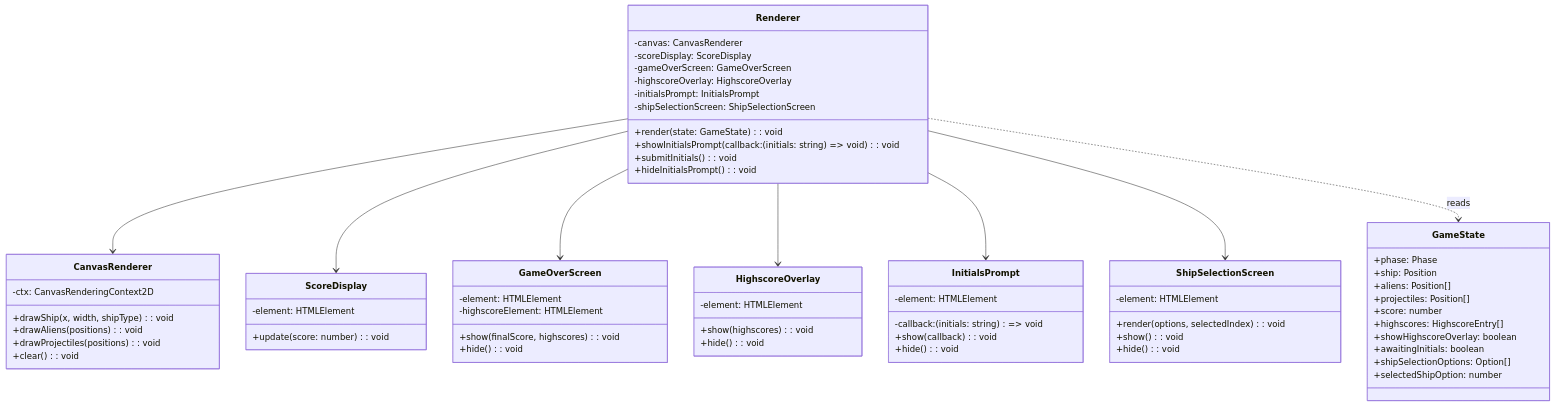
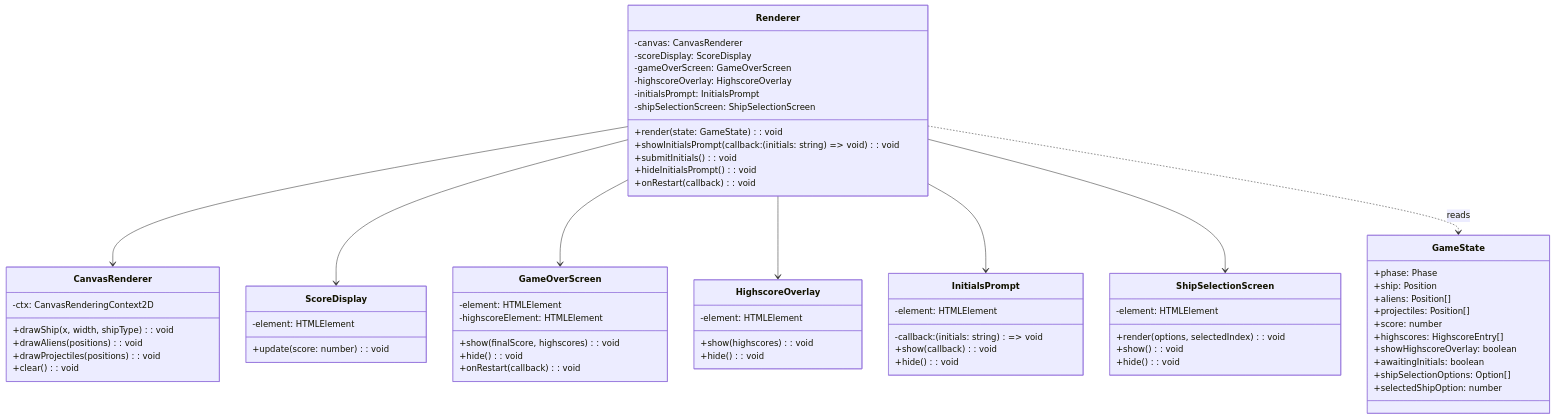
Before and after one commit to akmaier/AlienInvasion: the diagram in docs/architecture/MOD-rendering.md, drawn with Mermaid. The commit also changed other lines of this file and 4 other files, not shown here.

First line of the commit message:
DRAFT for akmaier's acceptance: architecture and UC-004 follow the restart button

````diff
--- a/docs/architecture/MOD-rendering.md
+++ b/docs/architecture/MOD-rendering.md
@@ -77,68 +80,70 @@
 ```mermaid
 classDiagram
     class Renderer {
         -canvas: CanvasRenderer
         -scoreDisplay: ScoreDisplay
         -gameOverScreen: GameOverScreen
         -highscoreOverlay: HighscoreOverlay
         -initialsPrompt: InitialsPrompt
         -shipSelectionScreen: ShipSelectionScreen
         +render(state: GameState): void
         +showInitialsPrompt(callback: (initials: string) => void): void
         +submitInitials(): void
         +hideInitialsPrompt(): void
+        +onRestart(callback): void
     }
     class CanvasRenderer {
         -ctx: CanvasRenderingContext2D
         +drawShip(x, width, shipType): void
         +drawAliens(positions): void
         +drawProjectiles(positions): void
         +clear(): void
     }
     class ScoreDisplay {
         -element: HTMLElement
         +update(score: number): void
     }
     class GameOverScreen {
         -element: HTMLElement
         -highscoreElement: HTMLElement
         +show(finalScore, highscores): void
         +hide(): void
+        +onRestart(callback): void
     }
     class HighscoreOverlay {
         -element: HTMLElement
         +show(highscores): void
         +hide(): void
     }
     class InitialsPrompt {
         -element: HTMLElement
         -callback: (initials: string) => void
         +show(callback): void
         +hide(): void
     }
     class ShipSelectionScreen {
         -element: HTMLElement
         +render(options, selectedIndex): void
         +show(): void
         +hide(): void
     }
     class GameState {
         +phase: Phase
         +ship: Position
         +aliens: Position[]
         +projectiles: Position[]
         +score: number
         +highscores: HighscoreEntry[]
         +showHighscoreOverlay: boolean
         +awaitingInitials: boolean
         +shipSelectionOptions: Option[]
         +selectedShipOption: number
     }
     Renderer --> CanvasRenderer
     Renderer --> ScoreDisplay
     Renderer --> GameOverScreen
     Renderer --> HighscoreOverlay
     Renderer --> InitialsPrompt
     Renderer --> ShipSelectionScreen
     Renderer ..> GameState: reads
 ```
````
